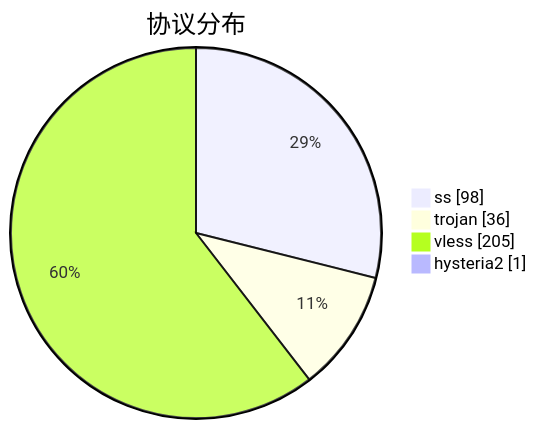
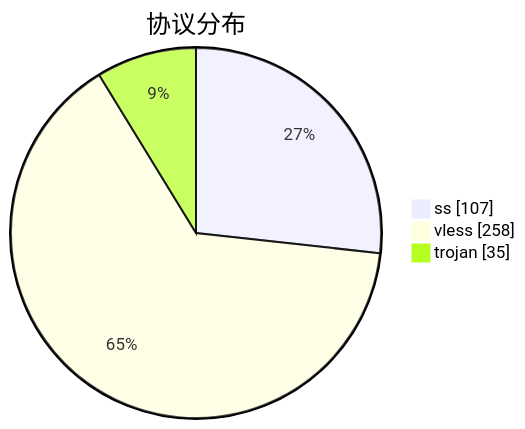
The third of 3 diagrams in subs/statistics/tested_within.md (qjlxg/airport), drawn with Mermaid before and after one commit. The commit also changed other lines of this file and 2 other files, not shown here.

````diff
--- a/subs/statistics/tested_within.md
+++ b/subs/statistics/tested_within.md
@@ -19,8 +18,7 @@
 ```mermaid
 pie showData
 title 协议分布
-"ss" : 98
-"trojan" : 36
-"vless" : 205
-"hysteria2" : 1
+"ss" : 107
+"vless" : 258
+"trojan" : 35
 ```
````
